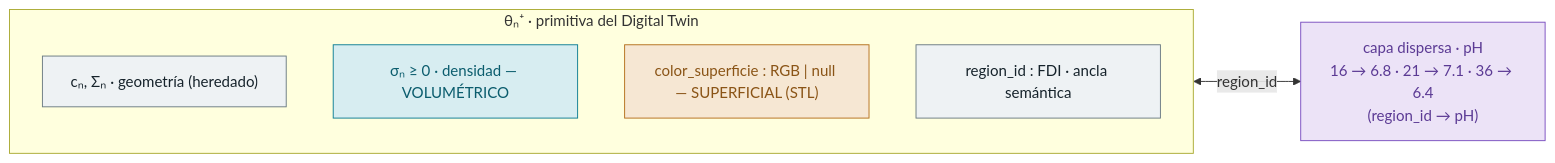
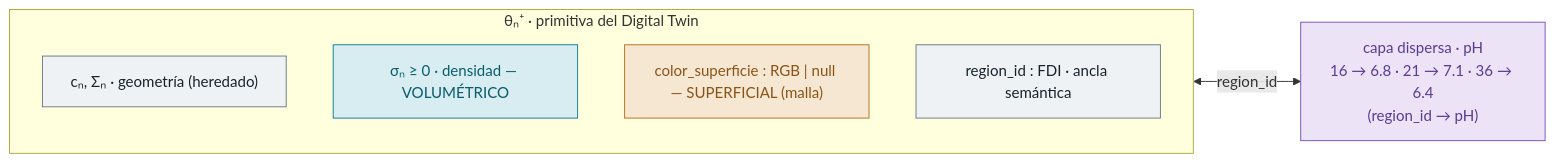
Before and after one commit to ANFAIA/Agentic-Smart-Health: the third of 3 diagrams in docs/architecture/001-digital-twin-core-schemas.md, drawn with Mermaid. The commit also changed other lines of this file, not shown here.

Commit message:
docs(adr): ADR 001 - prune dubious open decisions, demote ADR 003 to draft, STL->malla

````diff
--- a/docs/architecture/001-digital-twin-core-schemas.md
+++ b/docs/architecture/001-digital-twin-core-schemas.md
@@ -245,21 +307,21 @@
 ```mermaid
 flowchart LR
   subgraph PR["θₙ⁺ · primitiva del Digital Twin"]
     direction TB
     GEO["cₙ, Σₙ · geometría (heredado)"]
     DEN["σₙ ≥ 0 · densidad — VOLUMÉTRICO"]
-    COL["color_superficie : RGB | null — SUPERFICIAL (STL)"]
+    COL["color_superficie : RGB | null — SUPERFICIAL (malla)"]
     RID["region_id : FDI · ancla semántica"]
   end
   SP["capa dispersa · pH<br/>16 → 6.8 · 21 → 7.1 · 36 → 6.4<br/>(region_id → pH)"]
   RID <-->|"region_id"| SP
 
   classDef keep fill:#eef2f4,stroke:#6b7b83,color:#16232b;
   classDef vol fill:#d7edf1,stroke:#0d7d94,color:#0a5c6d;
   classDef surf fill:#f6e7d3,stroke:#b5701d,color:#8a5416;
   classDef reg fill:#ece3f7,stroke:#7b4fc0,color:#5b3a94;
   class GEO,RID keep;
   class DEN vol;
   class COL surf;
   class SP reg;
 ```
````
